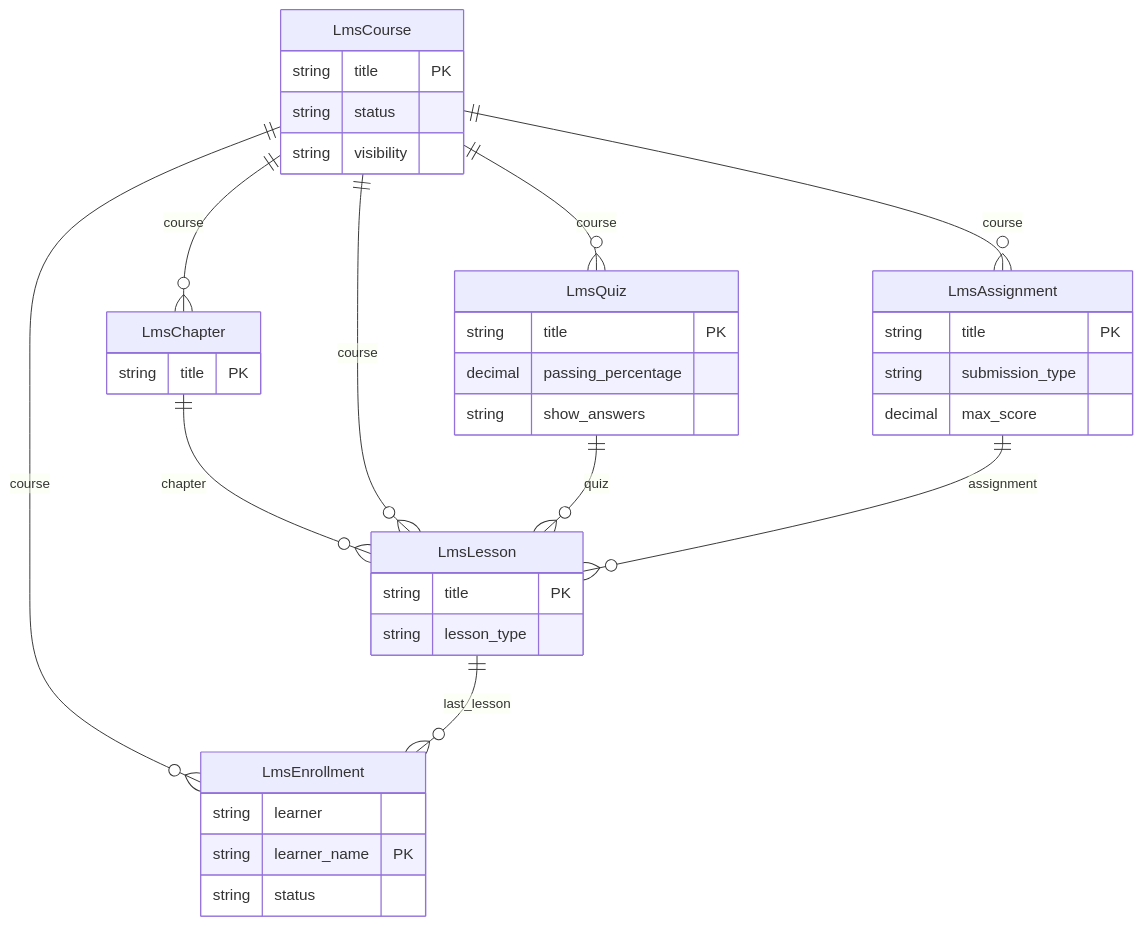
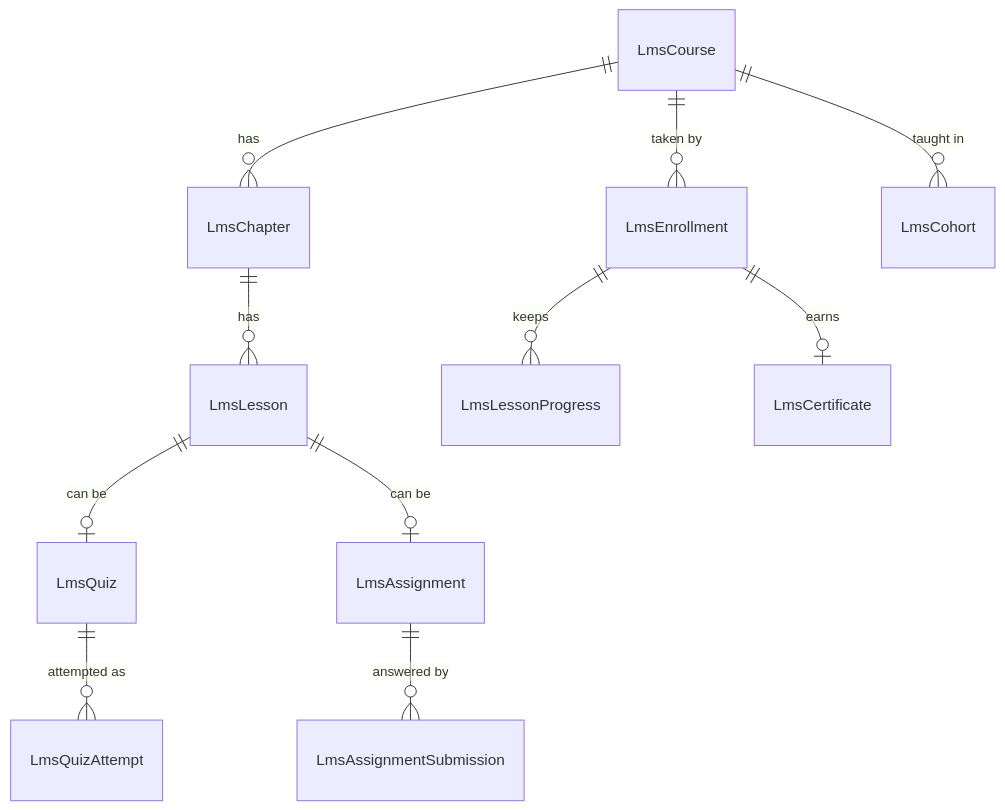
The fourth of 4 diagrams in README.md (CBFerrum/ferrum-app-lms), drawn with Mermaid before and after one commit. The commit also changed other lines of this file and 22 other files, not shown here.

First line of the commit message:
docs: end-to-end README with screenshots, features, comparison and roadmap

````diff
--- a/README.md
+++ b/README.md
@@ -168,39 +379,13 @@
 ```mermaid
 erDiagram
-    LmsCourse {
-        string title PK
-        string status
-        string visibility
-    }
-    LmsChapter {
-        string title PK
-    }
-    LmsEnrollment {
-        string learner
-        string learner_name PK
-        string status
-    }
-    LmsLesson {
-        string title PK
-        string lesson_type
-    }
-    LmsQuiz {
-        string title PK
-        decimal passing_percentage
-        string show_answers
-    }
-    LmsAssignment {
-        string title PK
-        string submission_type
-        decimal max_score
-    }
-    LmsCourse ||--o{ LmsChapter : "course"
-    LmsCourse ||--o{ LmsEnrollment : "course"
-    LmsLesson ||--o{ LmsEnrollment : "last_lesson"
-    LmsChapter ||--o{ LmsLesson : "chapter"
-    LmsCourse ||--o{ LmsLesson : "course"
-    LmsQuiz ||--o{ LmsLesson : "quiz"
-    LmsAssignment ||--o{ LmsLesson : "assignment"
-    LmsCourse ||--o{ LmsQuiz : "course"
-    LmsCourse ||--o{ LmsAssignment : "course"
+  LmsCourse ||--o{ LmsChapter : has
+  LmsChapter ||--o{ LmsLesson : has
+  LmsCourse ||--o{ LmsEnrollment : "taken by"
+  LmsLesson ||--o| LmsQuiz : "can be"
+  LmsLesson ||--o| LmsAssignment : "can be"
+  LmsQuiz ||--o{ LmsQuizAttempt : "attempted as"
+  LmsAssignment ||--o{ LmsAssignmentSubmission : "answered by"
+  LmsEnrollment ||--o{ LmsLessonProgress : keeps
+  LmsEnrollment ||--o| LmsCertificate : earns
+  LmsCourse ||--o{ LmsCohort : "taught in"
 ```
````
